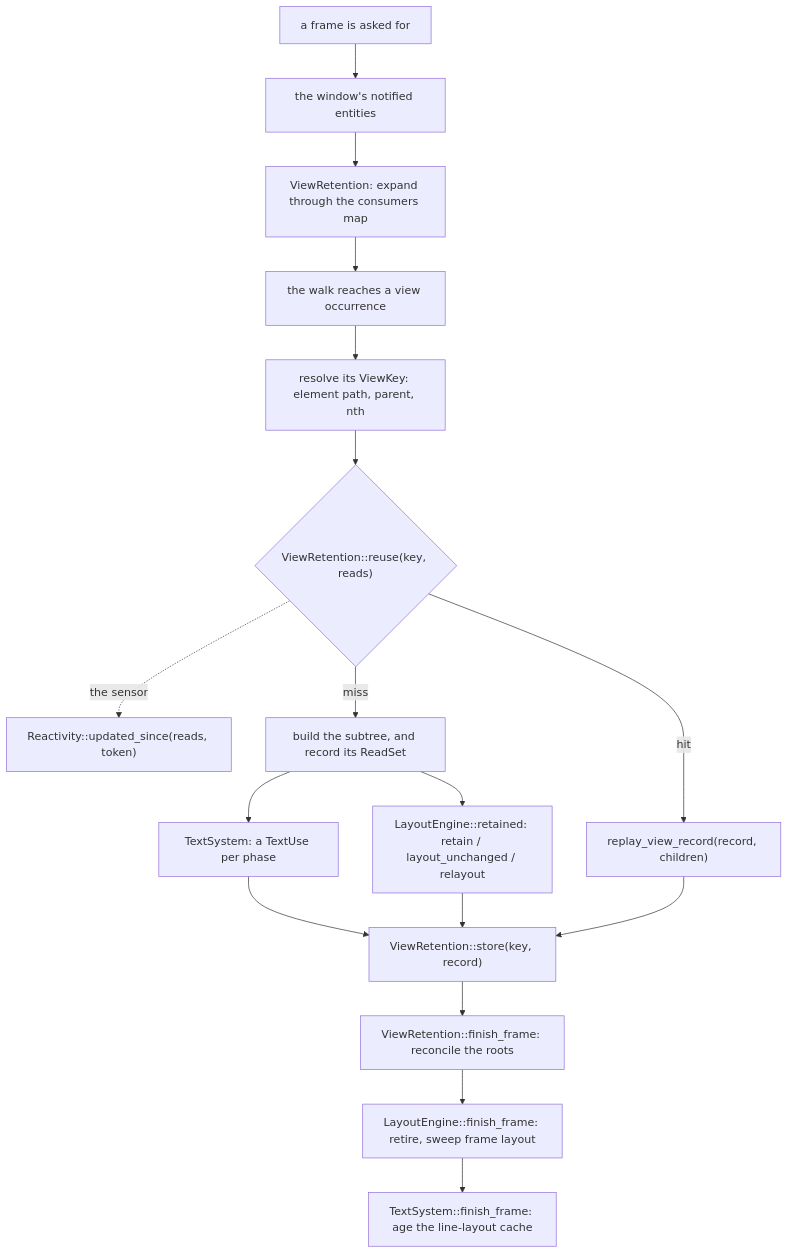
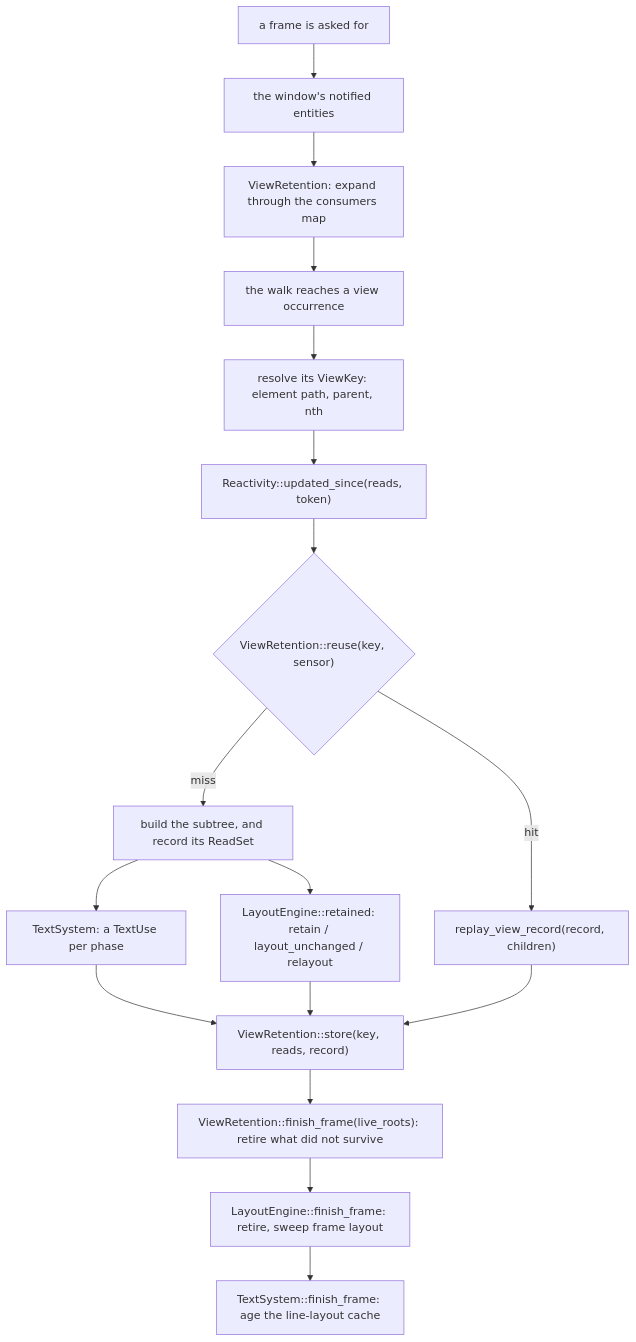
The diagram in architecture/retention-seams.md (bite-gpui/bite-gpui-project), drawn with Mermaid before and after one commit. The commit also changed other lines of this file, not shown here.

````diff
--- a/architecture/retention-seams.md
+++ b/architecture/retention-seams.md
@@ -262,19 +305,19 @@
 ```mermaid
 flowchart TD
     ask["a frame is asked for"] --> notified["the window's notified entities"]
     notified --> dirty["ViewRetention: expand through the consumers map"]
     dirty --> occ["the walk reaches a view occurrence"]
     occ --> key["resolve its ViewKey: element path, parent, nth"]
-    key --> reuse{"ViewRetention::reuse(key, reads)"}
-    reuse -.->|"the sensor"| sensor["Reactivity::updated_since(reads, token)"]
+    key --> sensor["Reactivity::updated_since(reads, token)"]
+    sensor --> reuse{"ViewRetention::reuse(key, sensor)"}
     reuse -->|"hit"| replay["replay_view_record(record, children)"]
     reuse -->|"miss"| build["build the subtree, and record its ReadSet"]
     build --> text["TextSystem: a TextUse per phase"]
     build --> layout["LayoutEngine::retained: retain / layout_unchanged / relayout"]
-    text --> store["ViewRetention::store(key, record)"]
+    text --> store["ViewRetention::store(key, reads, record)"]
     layout --> store
     replay --> store
-    store --> reconcile["ViewRetention::finish_frame: reconcile the roots"]
+    store --> reconcile["ViewRetention::finish_frame(live_roots): retire what did not survive"]
     reconcile --> sweep["LayoutEngine::finish_frame: retire, sweep frame layout"]
     sweep --> aging["TextSystem::finish_frame: age the line-layout cache"]
 ```
````
